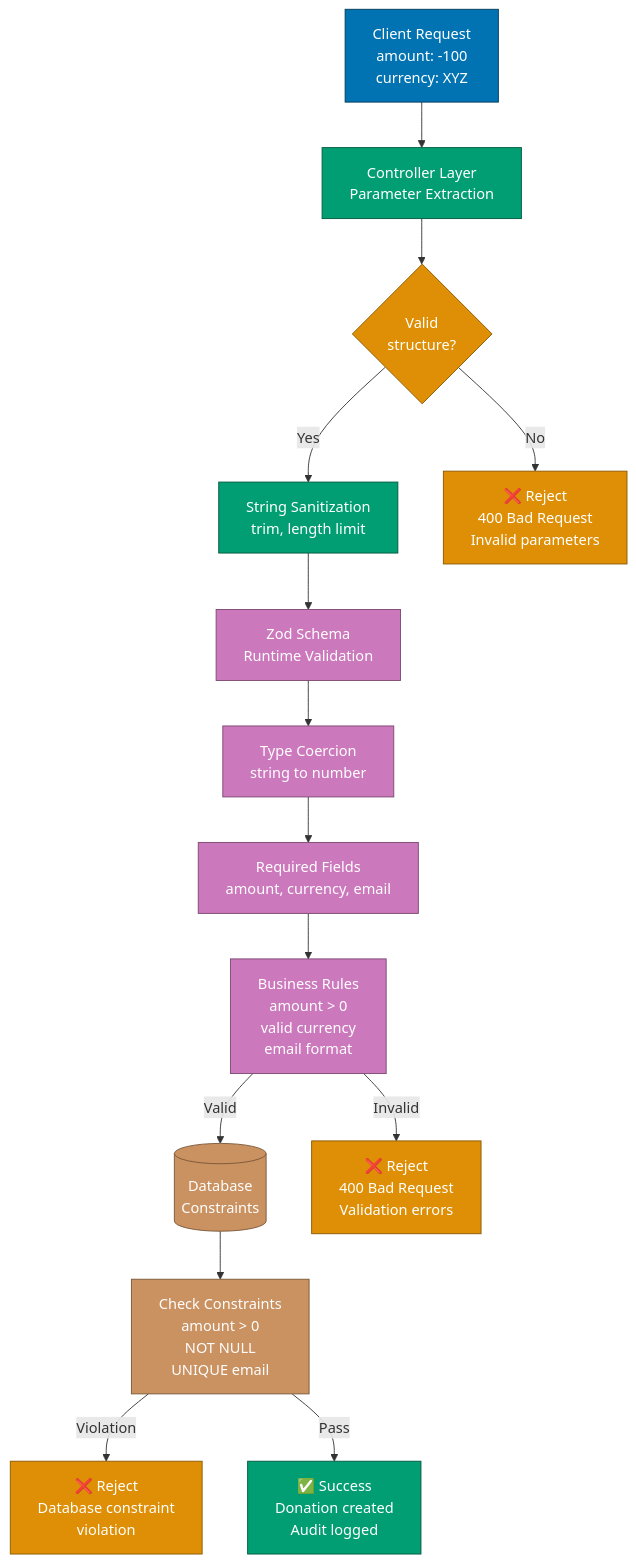
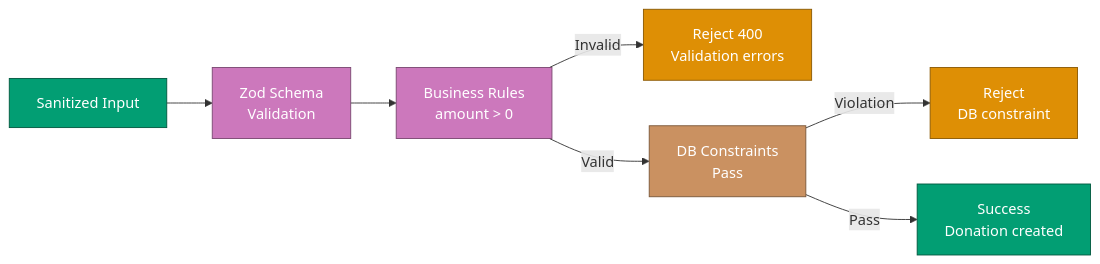
The second of 4 diagrams in docs/explanation/software-engineering/programming-languages/typescript/security.md (wahidyankf/ose-primer), drawn with Mermaid before and after one commit. The commit also changed other lines of this file and 16 other files, not shown here.

Commit message:
fix(docs): fix mermaid violations in typescript/ docs (batch 1/10)

````diff
--- a/docs/explanation/software-engineering/programming-languages/typescript/security.md
+++ b/docs/explanation/software-engineering/programming-languages/typescript/security.md
@@ -142,61 +165,24 @@
 ```mermaid
-graph TD
-    %% Input Source
-    CLIENT[Client Request<br/>amount: -100<br/>currency: XYZ]
+graph LR
+    SANITIZE[Sanitized Input]
+    ZOD[Zod Schema<br/>Validation]
+    VALIDATE_BIZ[Business Rules<br/>amount > 0]
+    REJECT_BIZ[Reject 400<br/>Validation errors]
+    DB_CONSTRAINTS[DB Constraints<br/>Pass]
+    REJECT_DB[Reject<br/>DB constraint]
+    SUCCESS[Success<br/>Donation created]
 
-    %% Layer 1: Controller
-    CONTROLLER[Controller Layer<br/>Parameter Extraction]
-    WHITELIST{Valid<br/>structure?}
-    SANITIZE[String Sanitization<br/>trim, length limit]
-
-    %% Layer 2: Schema Validation
-    ZOD[Zod Schema<br/>Runtime Validation]
-    TYPE_CHECK[Type Coercion<br/>string to number]
-    VALIDATE_REQ[Required Fields<br/>amount, currency, email]
-    VALIDATE_BIZ[Business Rules<br/>amount > 0<br/>valid currency<br/>email format]
-
-    %% Layer 3: Database
-    DATABASE[(Database<br/>Constraints)]
-    DB_CONSTRAINTS[Check Constraints<br/>amount > 0<br/>NOT NULL<br/>UNIQUE email]
-
-    %% Success/Error Paths
-    REJECT_PARAM[❌ Reject<br/>400 Bad Request<br/>Invalid parameters]
-    REJECT_BIZ[❌ Reject<br/>400 Bad Request<br/>Validation errors]
-    REJECT_DB[❌ Reject<br/>Database constraint<br/>violation]
-    SUCCESS[✅ Success<br/>Donation created<br/>Audit logged]
-
-    %% Flow
-    CLIENT --> CONTROLLER
-    CONTROLLER --> WHITELIST
-
-    WHITELIST -->|No| REJECT_PARAM
-    WHITELIST -->|Yes| SANITIZE
-
-    SANITIZE --> ZOD
-    ZOD --> TYPE_CHECK
-    TYPE_CHECK --> VALIDATE_REQ
-    VALIDATE_REQ --> VALIDATE_BIZ
-
+    SANITIZE --> ZOD --> VALIDATE_BIZ
     VALIDATE_BIZ -->|Invalid| REJECT_BIZ
-    VALIDATE_BIZ -->|Valid| DATABASE
-
-    DATABASE --> DB_CONSTRAINTS
+    VALIDATE_BIZ -->|Valid| DB_CONSTRAINTS
     DB_CONSTRAINTS -->|Violation| REJECT_DB
     DB_CONSTRAINTS -->|Pass| SUCCESS
 
-    %% Styling (WCAG AA compliant)
-    style CLIENT fill:#0173B2,stroke:#023B5A,color:#FFF
-    style CONTROLLER fill:#029E73,stroke:#01593F,color:#FFF
-    style WHITELIST fill:#DE8F05,stroke:#8A5903,color:#FFF
     style SANITIZE fill:#029E73,stroke:#01593F,color:#FFF
     style ZOD fill:#CC78BC,stroke:#7A4871,color:#FFF
-    style TYPE_CHECK fill:#CC78BC,stroke:#7A4871,color:#FFF
-    style VALIDATE_REQ fill:#CC78BC,stroke:#7A4871,color:#FFF
     style VALIDATE_BIZ fill:#CC78BC,stroke:#7A4871,color:#FFF
-    style DATABASE fill:#CA9161,stroke:#7A5739,color:#FFF
+    style REJECT_BIZ fill:#DE8F05,stroke:#8A5903,color:#FFF
     style DB_CONSTRAINTS fill:#CA9161,stroke:#7A5739,color:#FFF
-    style REJECT_PARAM fill:#DE8F05,stroke:#8A5903,color:#FFF
-    style REJECT_BIZ fill:#DE8F05,stroke:#8A5903,color:#FFF
     style REJECT_DB fill:#DE8F05,stroke:#8A5903,color:#FFF
     style SUCCESS fill:#029E73,stroke:#01593F,color:#FFF
 ```
````
